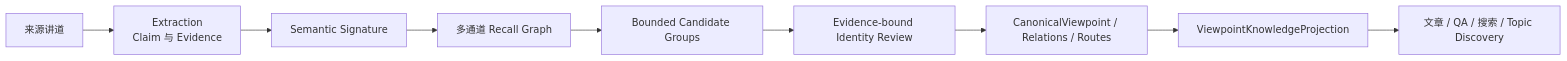
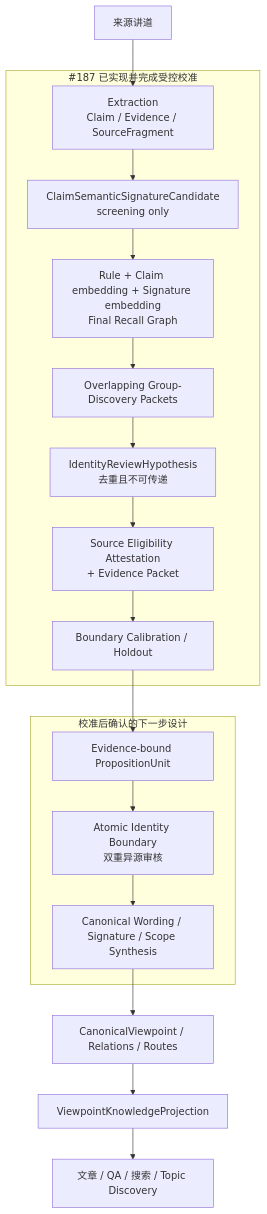
The second of 4 diagrams in docs/wang-knowledge-platform/canonical_viewpoint_architecture_primer_v1.md (junyang168/smart-answer), drawn with Mermaid before and after one commit. The commit also changed other lines of this file, not shown here.

Commit message:
docs: align viewpoint primer with semantic calibration

````diff
--- a/docs/wang-knowledge-platform/canonical_viewpoint_architecture_primer_v1.md
+++ b/docs/wang-knowledge-platform/canonical_viewpoint_architecture_primer_v1.md
@@ -173,11 +248,23 @@
 ```mermaid
-flowchart LR
-    S["来源讲道"] --> X["Extraction<br/>Claim 与 Evidence"]
-    X --> G["Semantic Signature"]
-    G --> R["多通道 Recall Graph"]
-    R --> B["Bounded Candidate Groups"]
-    B --> I["Evidence-bound Identity Review"]
-    I --> C["CanonicalViewpoint / Relations / Routes"]
+flowchart TD
+    S["来源讲道"] --> X["Extraction<br/>Claim / Evidence / SourceFragment"]
+
+    subgraph DONE["#187 已实现并完成受控校准"]
+        X --> G["ClaimSemanticSignatureCandidate<br/>screening only"]
+        G --> R["Rule + Claim embedding + Signature embedding<br/>Final Recall Graph"]
+        R --> B["Overlapping Group-Discovery Packets"]
+        B --> H["IdentityReviewHypothesis<br/>去重且不可传递"]
+        H --> E["Source Eligibility Attestation<br/>+ Evidence Packet"]
+        E --> K["Boundary Calibration / Holdout"]
+    end
+
+    subgraph NEXT["校准后确认的下一步设计"]
+        K --> U["Evidence-bound PropositionUnit"]
+        U --> I["Atomic Identity Boundary<br/>双重异源审核"]
+        I --> Y["Canonical Wording / Signature / Scope Synthesis"]
+    end
+
+    Y --> C["CanonicalViewpoint / Relations / Routes"]
     C --> P["ViewpointKnowledgeProjection"]
     P --> D["文章 / QA / 搜索 / Topic Discovery"]
 ```
````
